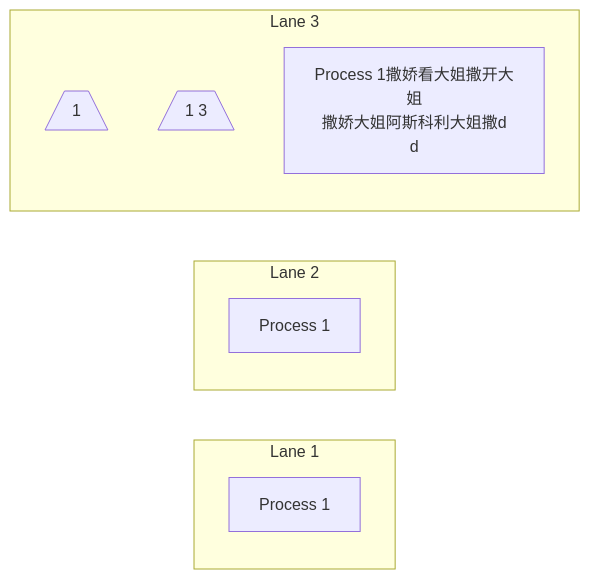
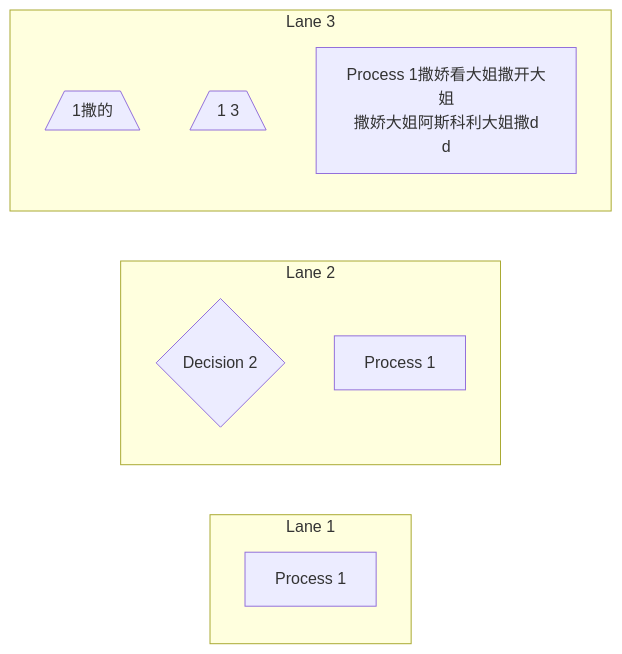
One commit to pingpm/mermaid_vault changed the diagram in mmd/1234_11d49e6a-0c1b-4df3-b4f5-9ab289d58d01.mmd. Above: the diagram before and after it, drawn with Mermaid. The commit also changed 2 other files, not shown here.

Commit message:
Sync Mermaid Studio data (15 diagrams)

```diff
--- a/mmd/1234_11d49e6a-0c1b-4df3-b4f5-9ab289d58d01.mmd
+++ b/mmd/1234_11d49e6a-0c1b-4df3-b4f5-9ab289d58d01.mmd
@@ -1,12 +1,13 @@
 flowchart LR
   subgraph lane_0["Lane 1"]
     t_0["Process 1"]
   end
   subgraph lane_1["Lane 2"]
-    t_1["Process 1"]
+    t_1{"Decision 2"}
+    t_2["Process 1"]
   end
   subgraph lane_2["Lane 3"]
-    t_2[/"1"\]
-    t_3[/"1 3"\]
-    t_4["Process 1撒娇看大姐撒开大姐<br/>撒娇大姐阿斯科利大姐撒d<br/>d"]
+    t_3[/"1撒的"\]
+    t_4[/"1 3"\]
+    t_5["Process 1撒娇看大姐撒开大姐<br/>撒娇大姐阿斯科利大姐撒d<br/>d"]
   end
```
